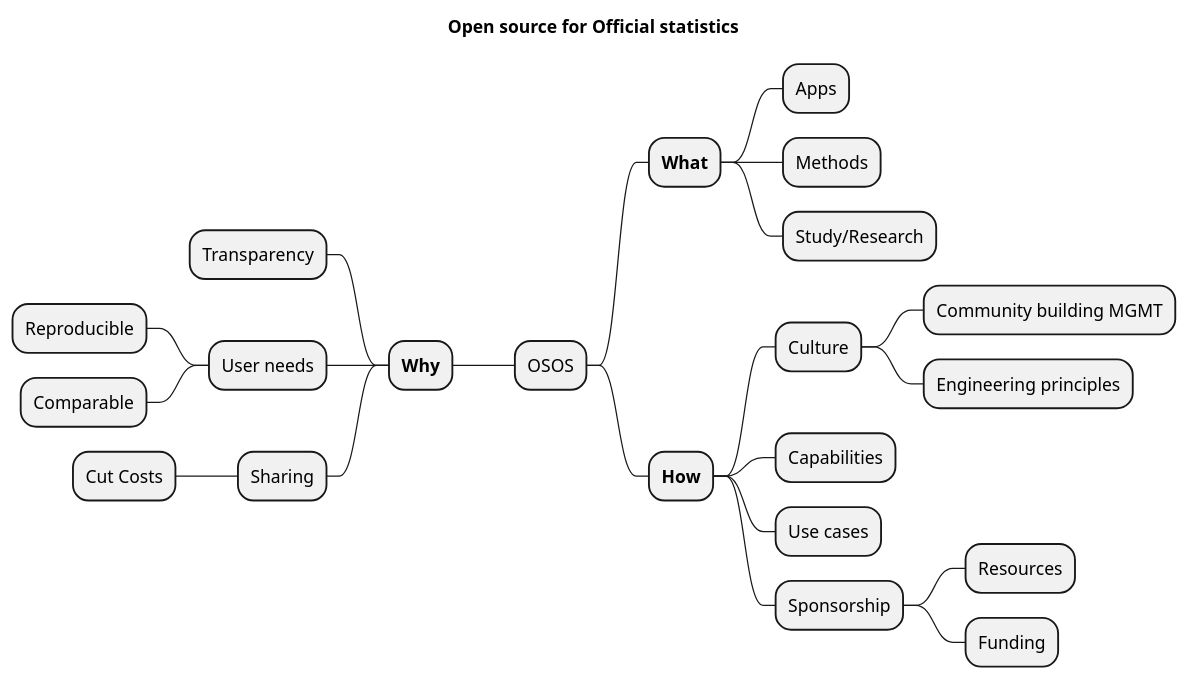
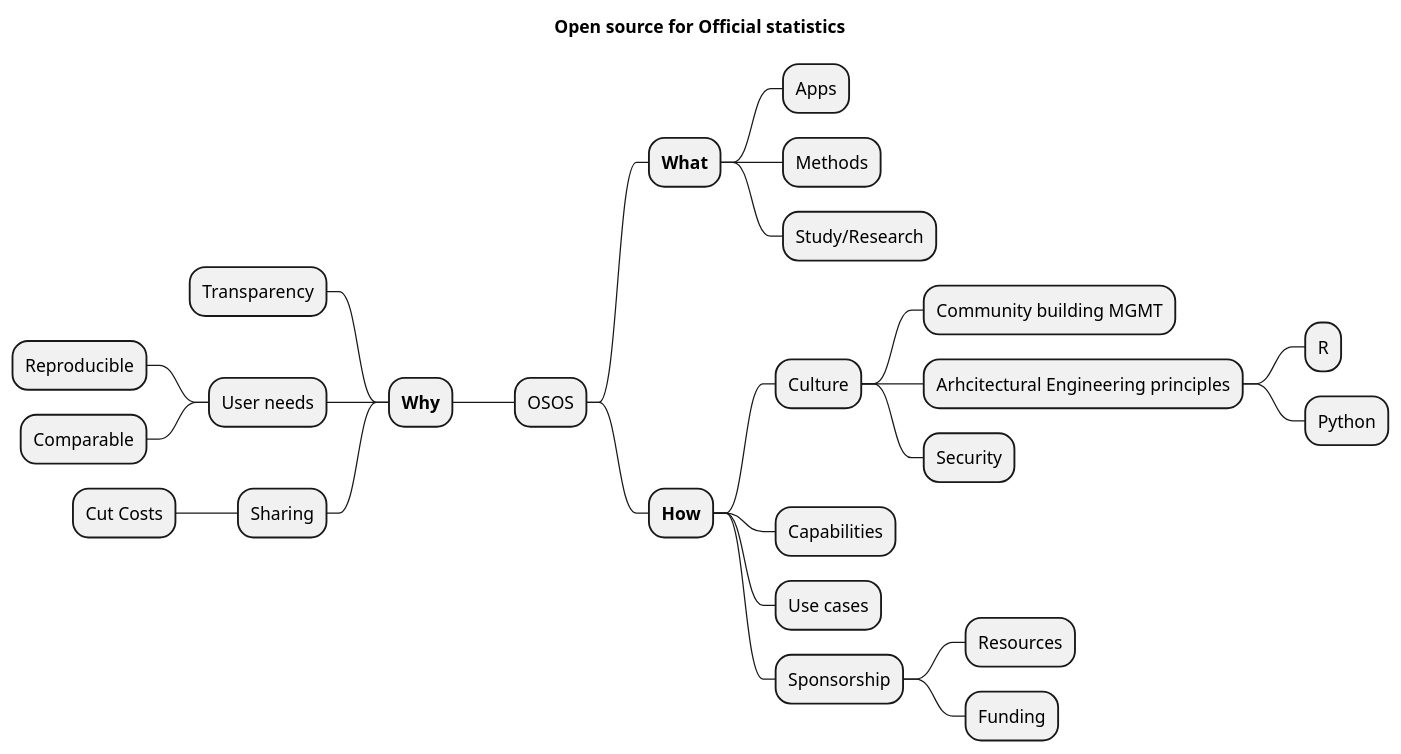
One commit to I3S-ESSnet/Documents changed the diagram in 2022/oslo/osos/mindmap.puml. Above: the diagram before and after it, drawn with PlantUML.

Commit message:
Added more items to model

```diff
--- a/2022/oslo/osos/mindmap.puml
+++ b/2022/oslo/osos/mindmap.puml
@@ -2,29 +2,32 @@
 @startmindmap OSOS
 
 title Open source for Official statistics
 
 + OSOS
 -- <b>Why</b>
 --- Transparency
 --- User needs
 ---- Reproducible
 ---- Comparable
 --- Sharing
 ---- Cut Costs
 '---- Increase quality
 '---- Competence
 ++ <b>What</b>
 +++ Apps
 +++ Methods
 +++ Study/Research
 ++ <b>How</b>
 +++ Culture
 ++++ Community building MGMT
-++++ Engineering principles
+++++ Arhcitectural Engineering principles
++++++ R
++++++ Python
+++++ Security
 +++ Capabilities
 +++ Use cases
 +++ Sponsorship
 ++++ Resources
 ++++ Funding
 
 @endmindmap
```
